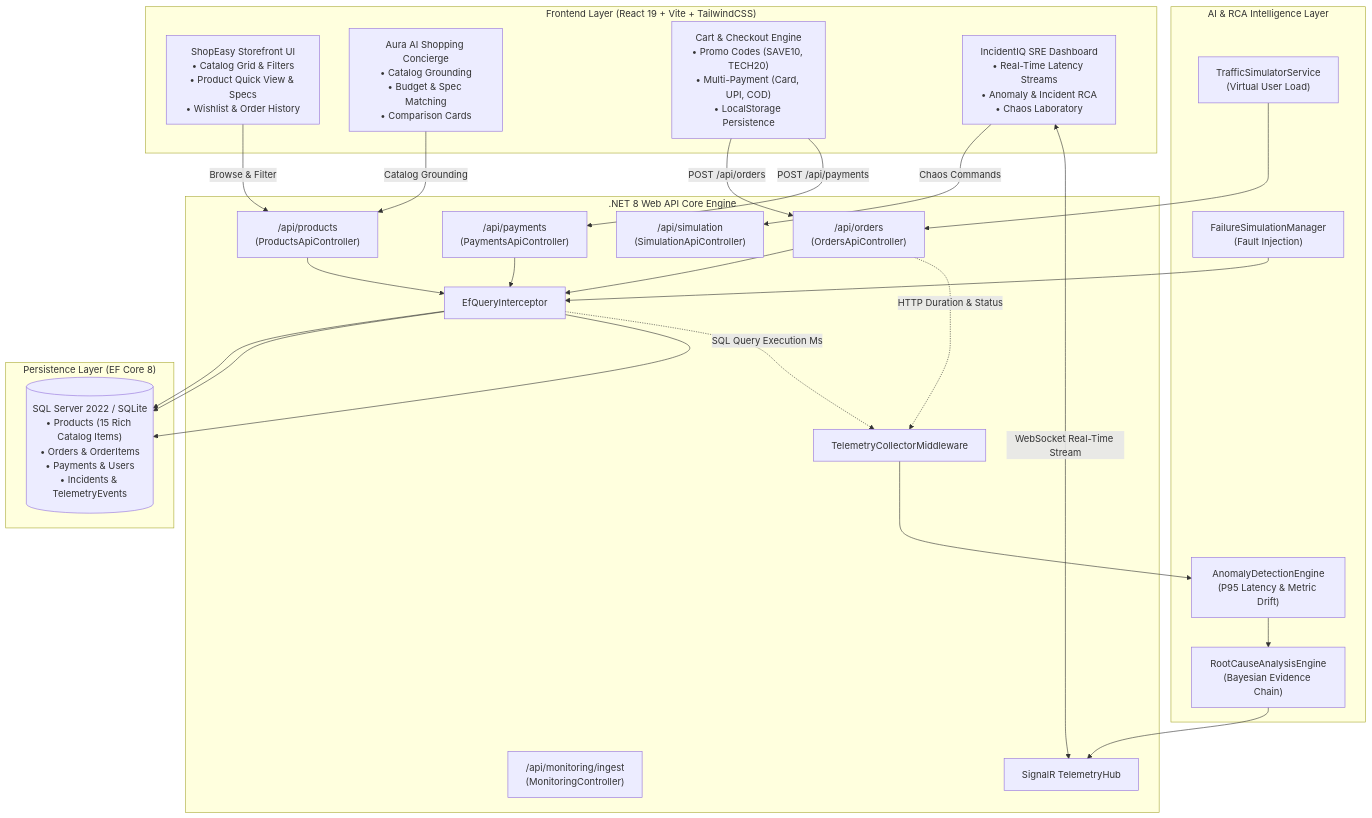
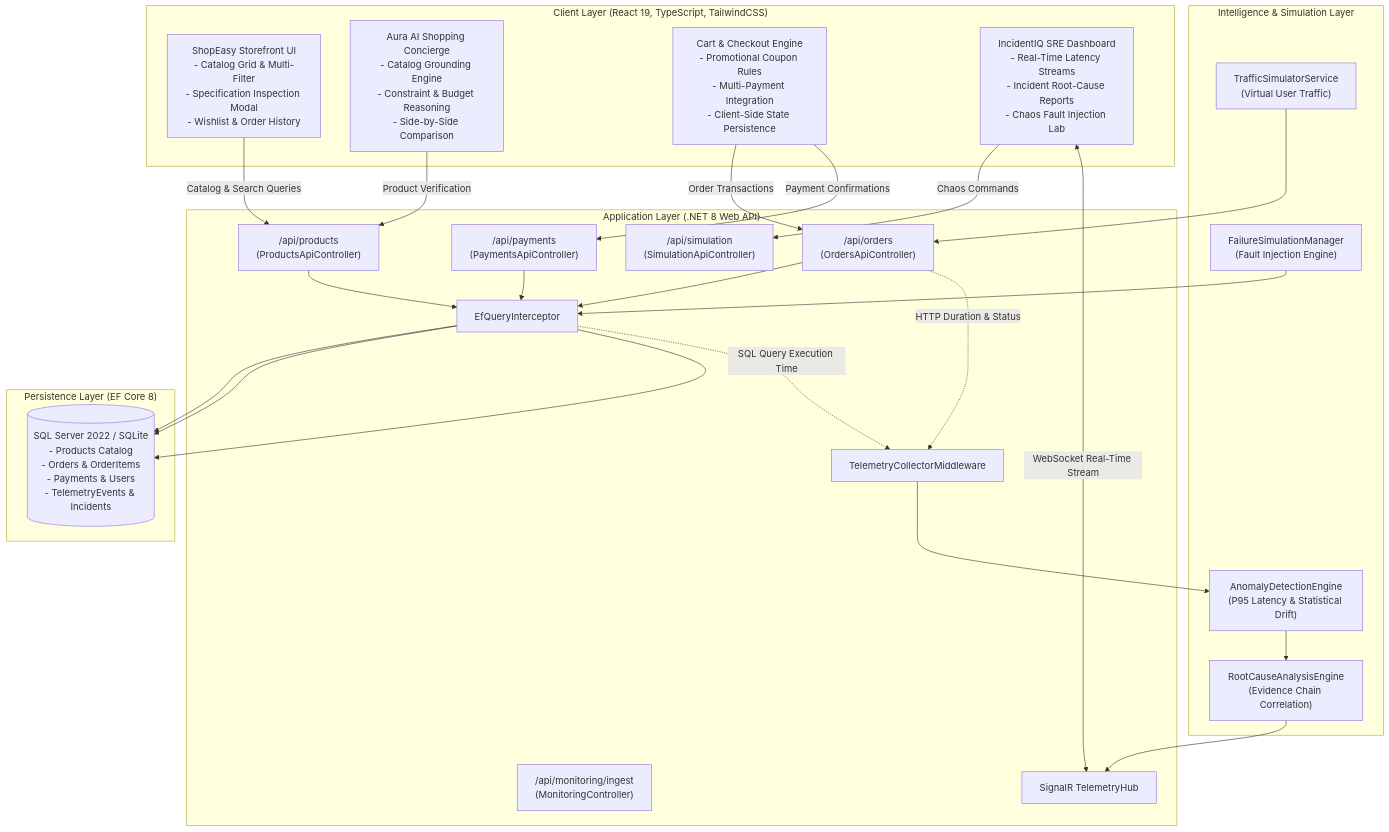
Before and after one commit to anand23bce11691/MP: the first of 3 diagrams in README.md, drawn with Mermaid. The commit also changed other lines of this file, not shown here.

Commit message:
docs: standardize README with professional enterprise formatting and clean Mermaid diagrams

````diff
--- a/README.md
+++ b/README.md
@@ -9,49 +9,49 @@
 ```mermaid
 flowchart TB
-    subgraph ClientTier["Frontend Layer (React 19 + Vite + TailwindCSS)"]
-        Storefront["ShopEasy Storefront UI\n• Catalog Grid & Filters\n• Product Quick View & Specs\n• Wishlist & Order History"]
-        AuraAI["Aura AI Shopping Concierge\n• Catalog Grounding\n• Budget & Spec Matching\n• Comparison Cards"]
-        Cart["Cart & Checkout Engine\n• Promo Codes (SAVE10, TECH20)\n• Multi-Payment (Card, UPI, COD)\n• LocalStorage Persistence"]
-        ObservabilityUI["IncidentIQ SRE Dashboard\n• Real-Time Latency Streams\n• Anomaly & Incident RCA\n• Chaos Laboratory"]
+    subgraph ClientTier["Client Layer (React 19, TypeScript, TailwindCSS)"]
+        Storefront["ShopEasy Storefront UI\n- Catalog Grid & Multi-Filter\n- Specification Inspection Modal\n- Wishlist & Order History"]
+        AuraAI["Aura AI Shopping Concierge\n- Catalog Grounding Engine\n- Constraint & Budget Reasoning\n- Side-by-Side Comparison"]
+        Cart["Cart & Checkout Engine\n- Promotional Coupon Rules\n- Multi-Payment Integration\n- Client-Side State Persistence"]
+        ObservabilityUI["IncidentIQ SRE Dashboard\n- Real-Time Latency Streams\n- Incident Root-Cause Reports\n- Chaos Fault Injection Lab"]
     end
 
-    subgraph ApiTier[".NET 8 Web API Core Engine"]
+    subgraph ApiTier["Application Layer (.NET 8 Web API)"]
         ProdCtrl["/api/products\n(ProductsApiController)"]
         OrderCtrl["/api/orders\n(OrdersApiController)"]
         PayCtrl["/api/payments\n(PaymentsApiController)"]
         SimCtrl["/api/simulation\n(SimulationApiController)"]
         MonCtrl["/api/monitoring/ingest\n(MonitoringController)"]
         
         MW["TelemetryCollectorMiddleware"]
         Interceptor["EfQueryInterceptor"]
         Hub["SignalR TelemetryHub"]
     end
 
-    subgraph AIAndRcaEngine["AI & RCA Intelligence Layer"]
-        AnomalyEngine["AnomalyDetectionEngine\n(P95 Latency & Metric Drift)"]
-        RCAEngine["RootCauseAnalysisEngine\n(Bayesian Evidence Chain)"]
-        TrafficSim["TrafficSimulatorService\n(Virtual User Load)"]
-        ChaosManager["FailureSimulationManager\n(Fault Injection)"]
+    subgraph AIAndRcaEngine["Intelligence & Simulation Layer"]
+        AnomalyEngine["AnomalyDetectionEngine\n(P95 Latency & Statistical Drift)"]
+        RCAEngine["RootCauseAnalysisEngine\n(Evidence Chain Correlation)"]
+        TrafficSim["TrafficSimulatorService\n(Virtual User Traffic)"]
+        ChaosManager["FailureSimulationManager\n(Fault Injection Engine)"]
     end
 
     subgraph DataTier["Persistence Layer (EF Core 8)"]
-        SQLServer[("SQL Server 2022 / SQLite\n• Products (15 Rich Catalog Items)\n• Orders & OrderItems\n• Payments & Users\n• Incidents & TelemetryEvents")]
+        SQLServer[("SQL Server 2022 / SQLite\n- Products Catalog\n- Orders & OrderItems\n- Payments & Users\n- TelemetryEvents & Incidents")]
     end
 
-    Storefront -->|Browse & Filter| ProdCtrl
-    Cart -->|POST /api/orders| OrderCtrl
-    Cart -->|POST /api/payments| PayCtrl
-    AuraAI -->|Catalog Grounding| ProdCtrl
+    Storefront -->|Catalog & Search Queries| ProdCtrl
+    Cart -->|Order Transactions| OrderCtrl
+    Cart -->|Payment Confirmations| PayCtrl
+    AuraAI -->|Product Verification| ProdCtrl
     ObservabilityUI -->|Chaos Commands| SimCtrl
     ObservabilityUI <-->|WebSocket Real-Time Stream| Hub
 
     ProdCtrl --> Interceptor --> SQLServer
     OrderCtrl --> Interceptor --> SQLServer
     PayCtrl --> Interceptor --> SQLServer
 
     OrderCtrl -.->|HTTP Duration & Status| MW
-    Interceptor -.->|SQL Query Execution Ms| MW
+    Interceptor -.->|SQL Query Execution Time| MW
     MW --> AnomalyEngine --> RCAEngine --> Hub
     TrafficSim --> OrderCtrl
     ChaosManager --> Interceptor
 ```
````
